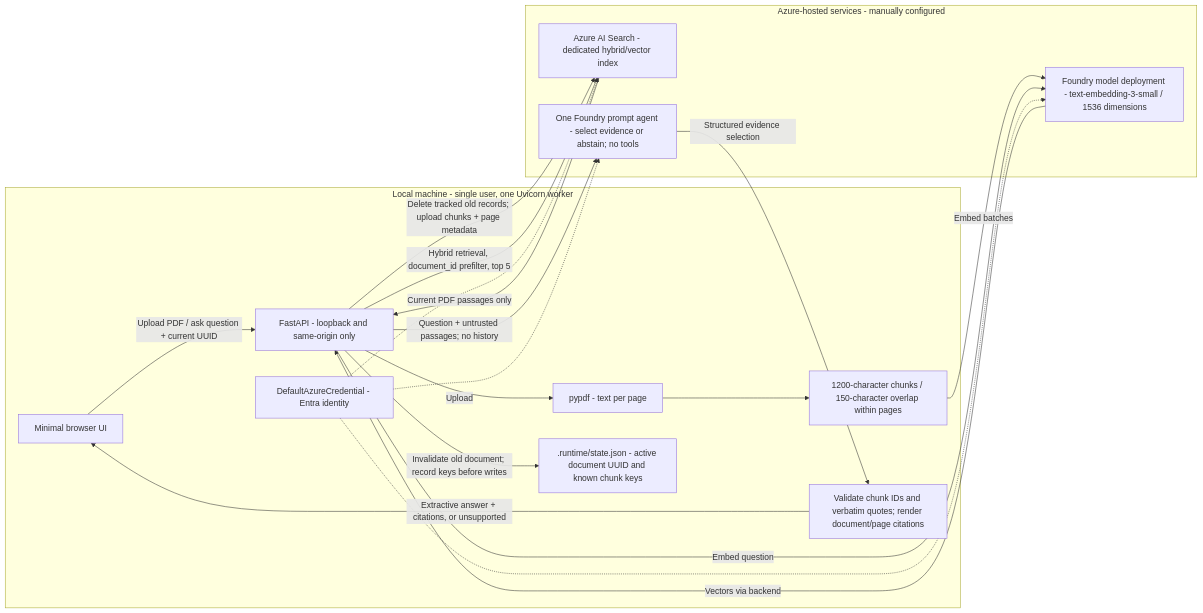
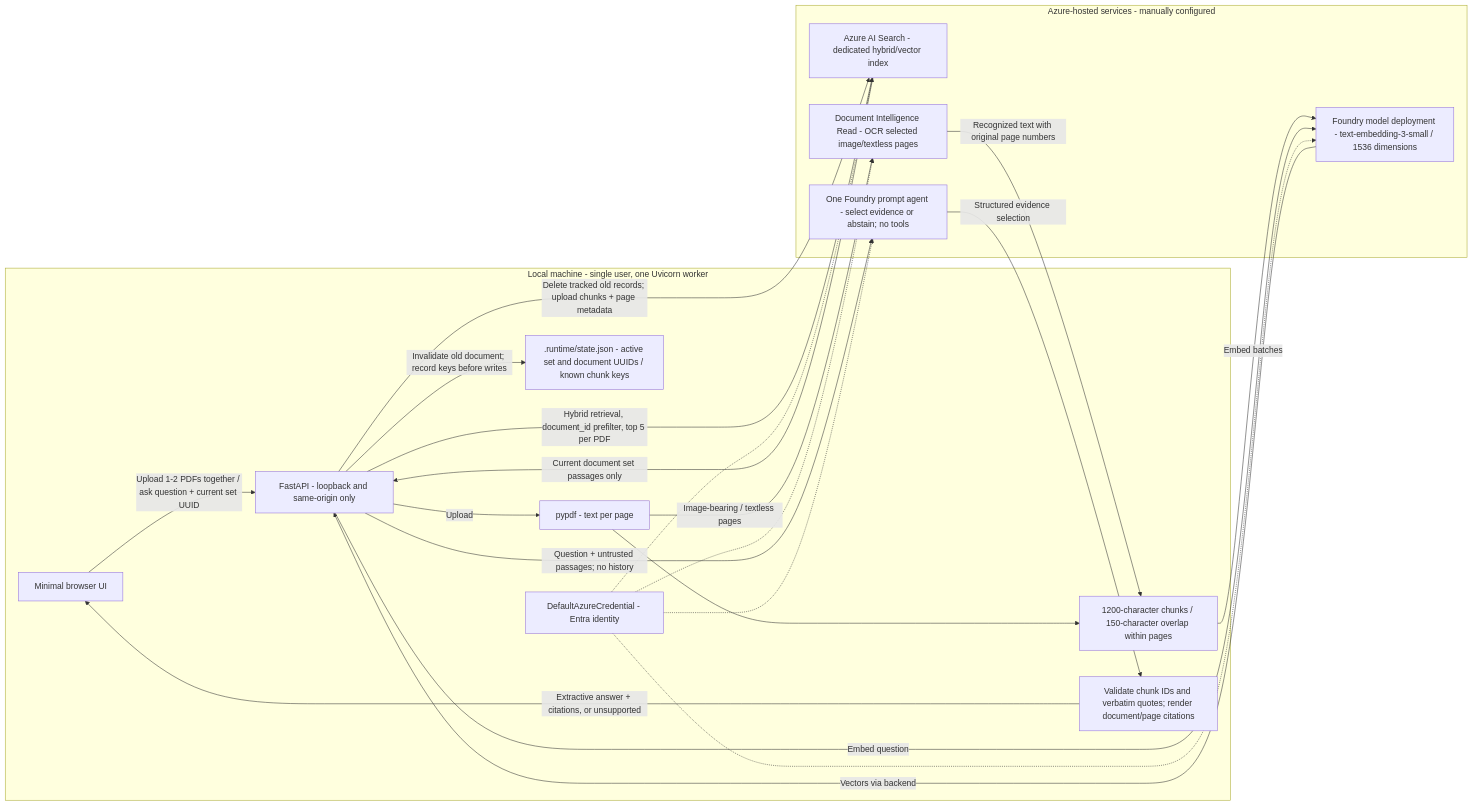
The diagram in architecture.mmd (mkabukcu7/foundry-pdf-starter-kit), drawn with Mermaid before and after one commit. The commit also changed 14 other files, not shown here.

First line of the commit message:
Add OCR, combined PDF uploads, and polished demo UI

```diff
--- a/architecture.mmd
+++ b/architecture.mmd
@@ -1,30 +1,34 @@
 flowchart LR
     subgraph Local["Local machine - single user, one Uvicorn worker"]
         Browser["Minimal browser UI"]
         API["FastAPI - loopback and same-origin only"]
         PDF["pypdf - text per page"]
         Chunker["1200-character chunks / 150-character overlap within pages"]
-        Ledger[".runtime/state.json - active document UUID and known chunk keys"]
+        Ledger[".runtime/state.json - active set and document UUIDs / known chunk keys"]
         Validator["Validate chunk IDs and verbatim quotes; render document/page citations"]
         Identity["DefaultAzureCredential - Entra identity"]
     end
     subgraph Azure["Azure-hosted services - manually configured"]
         Embeddings["Foundry model deployment - text-embedding-3-small / 1536 dimensions"]
         Search["Azure AI Search - dedicated hybrid/vector index"]
         Agent["One Foundry prompt agent - select evidence or abstain; no tools"]
+        OCR["Document Intelligence Read - OCR selected image/textless pages"]
     end
-    Browser -->|"Upload PDF / ask question + current UUID"| API
+    Browser -->|"Upload 1-2 PDFs together / ask question + current set UUID"| API
     API -->|"Upload"| PDF --> Chunker
+    PDF -->|"Image-bearing / textless pages"| OCR
+    OCR -->|"Recognized text with original page numbers"| Chunker
     API -->|"Invalidate old document; record keys before writes"| Ledger
     Chunker -->|"Embed batches"| Embeddings
     Embeddings -->|"Vectors via backend"| API
     API -->|"Delete tracked old records; upload chunks + page metadata"| Search
     API -->|"Embed question"| Embeddings
-    API -->|"Hybrid retrieval, document_id prefilter, top 5"| Search
-    Search -->|"Current PDF passages only"| API
+    API -->|"Hybrid retrieval, document_id prefilter, top 5 per PDF"| Search
+    Search -->|"Current document set passages only"| API
     API -->|"Question + untrusted passages; no history"| Agent
     Agent -->|"Structured evidence selection"| Validator
     Validator -->|"Extractive answer + citations, or unsupported"| Browser
     Identity -.-> Embeddings
     Identity -.-> Search
     Identity -.-> Agent
+    Identity -.-> OCR
```
